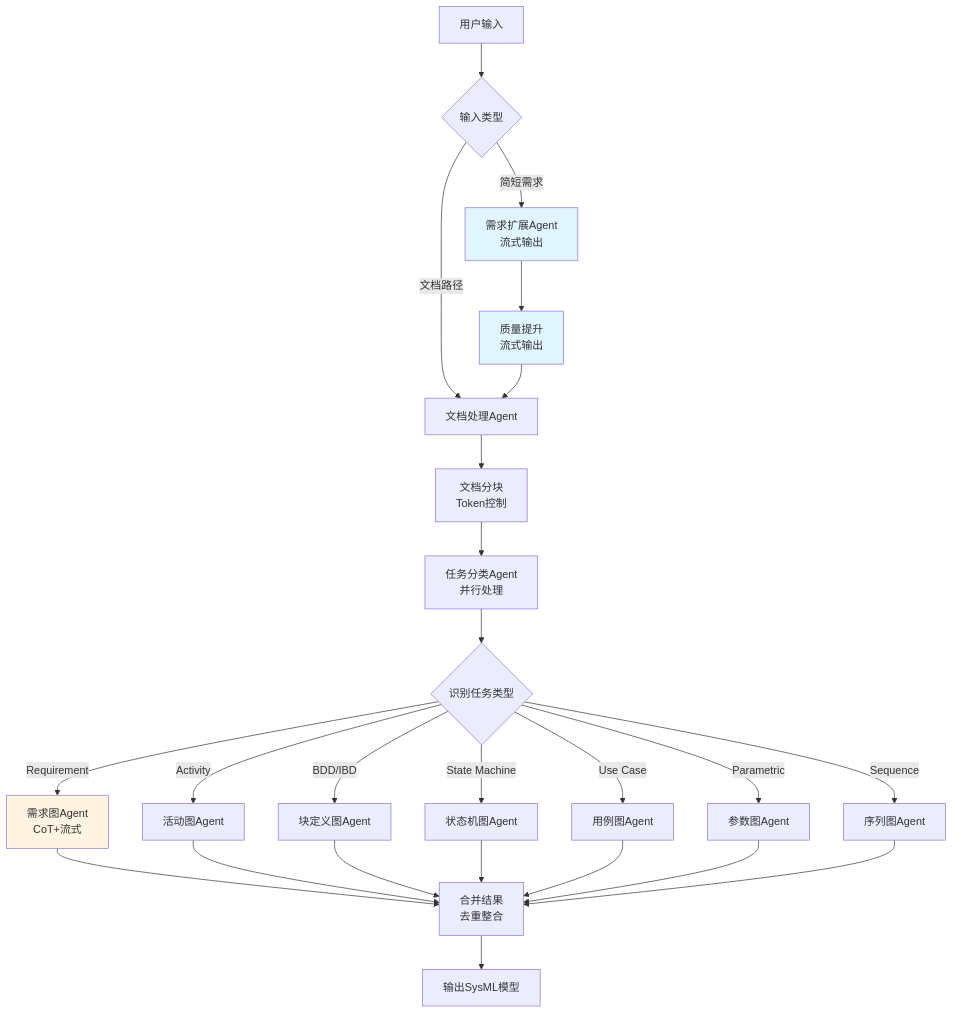
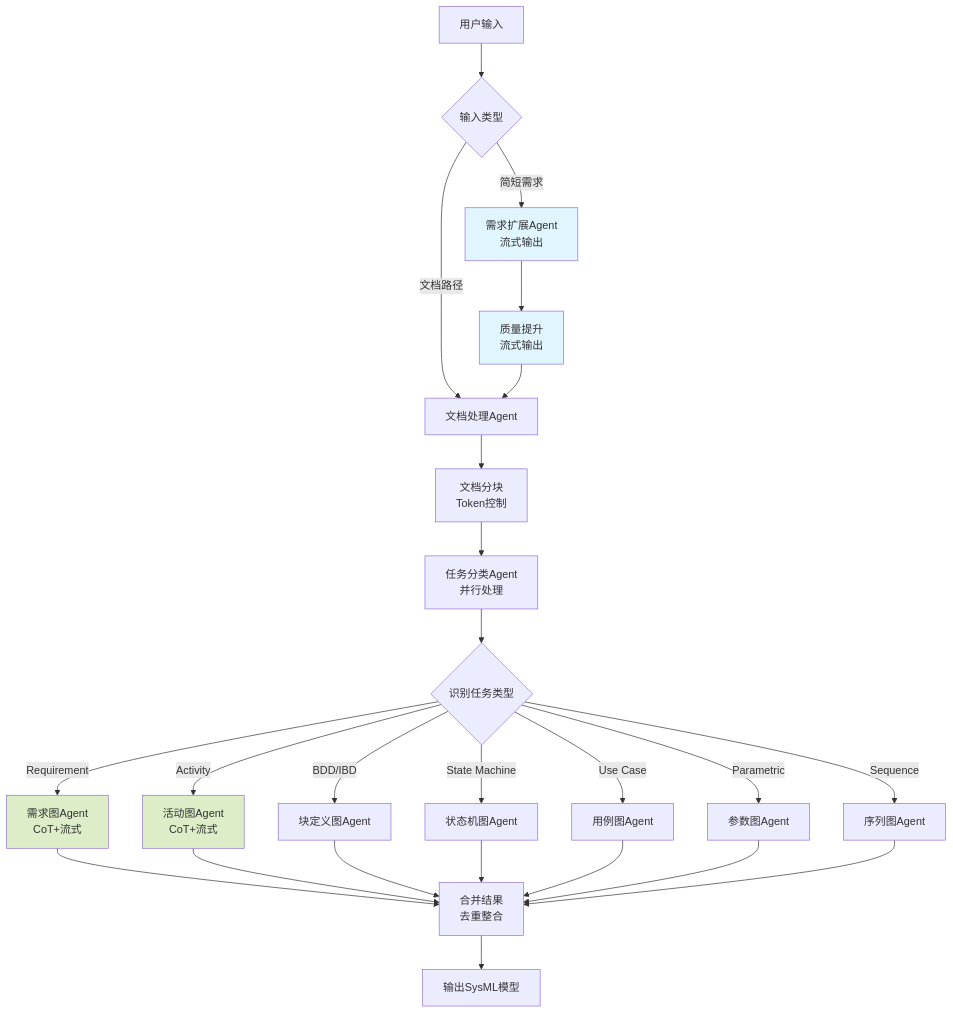
Before and after one commit to LnYo-Cly/auto-sysml-mbse: the diagram in langgraph-project/README.md, drawn with Mermaid. The commit also changed other lines of this file and 7 other files, not shown here.

Commit message:
feat: 完成活动图的对接

````diff
--- a/langgraph-project/README.md
+++ b/langgraph-project/README.md
@@ -194,30 +198,31 @@
 ```mermaid
 graph TB
     A[用户输入] --> B{输入类型}
     B -->|简短需求| C[需求扩展Agent<br/>流式输出]
     B -->|文档路径| D[文档处理Agent]
     C --> E[质量提升<br/>流式输出]
     E --> D
     D --> F[文档分块<br/>Token控制]
     F --> G[任务分类Agent<br/>并行处理]
     G --> H{识别任务类型}
     H -->|Requirement| I1[需求图Agent<br/>CoT+流式]
-    H -->|Activity| I2[活动图Agent]
+    H -->|Activity| I2[活动图Agent<br/>CoT+流式]
     H -->|BDD/IBD| I3[块定义图Agent]
     H -->|State Machine| I4[状态机图Agent]
     H -->|Use Case| I5[用例图Agent]
     H -->|Parametric| I6[参数图Agent]
     H -->|Sequence| I7[序列图Agent]
     I1 --> J[合并结果<br/>去重整合]
     I2 --> J
     I3 --> J
     I4 --> J
     I5 --> J
     I6 --> J
     I7 --> J
     J --> K[输出SysML模型]
     
     style C fill:#e1f5ff
     style E fill:#e1f5ff
-    style I1 fill:#fff4e1
+    style I1 fill:#dcedc8
+    style I2 fill:#dcedc8
 ```
````
